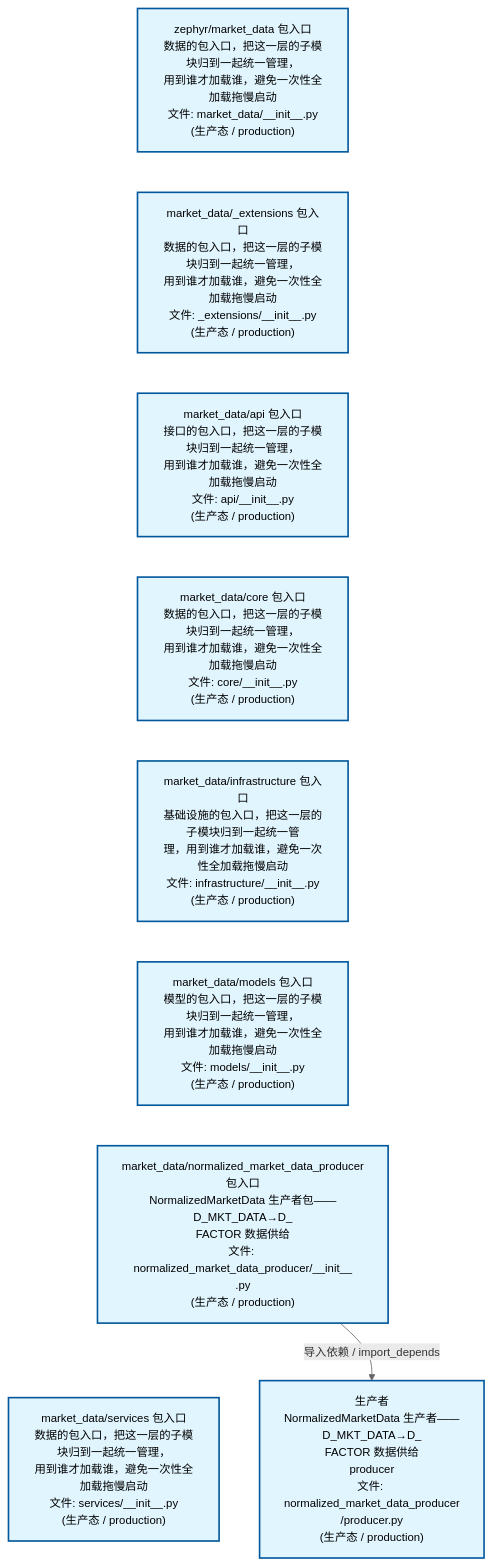
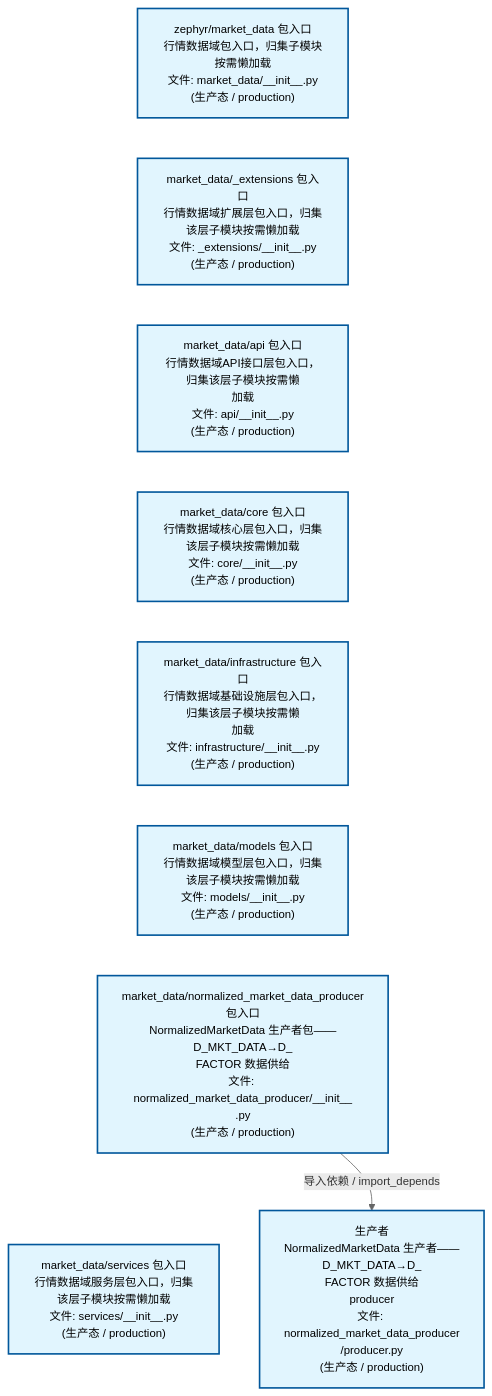
The second of 4 diagrams in docs/02_enterprise_architecture/02_domain_architecture_docs/23_d_mkt_data.md (xuanFelixVan/ZephyrAlpha), drawn with Mermaid before and after one commit. The commit also changed other lines of this file and 63 other files, not shown here.

````diff
--- a/docs/02_enterprise_architecture/02_domain_architecture_docs/23_d_mkt_data.md
+++ b/docs/02_enterprise_architecture/02_domain_architecture_docs/23_d_mkt_data.md
@@ -112,26 +112,26 @@
 ```mermaid
 %%{init: {'theme': 'base', 'themeVariables': {'primaryColor': '#eaeaea', 'primaryTextColor': '#333333', 'primaryBorderColor': '#666666', 'lineColor': '#666666', 'secondaryColor': '#eaeaea', 'tertiaryColor': '#eaeaea', 'fontSize': '14px'}}}%%
 flowchart TD
-    src_zephyr_market_data_init_py["zephyr/market_data 包入口<br/>数据的包入口，把这一层的子模块归到一起统一管理，<br/>用到谁才加载谁，避免一次性全加载拖慢启动<br/>文件: market_data/__init__.py<br/>(生产态 / production)"]
-    src_zephyr_market_data_extensions_init_py["market_data/_extensions 包入口<br/>数据的包入口，把这一层的子模块归到一起统一管理，<br/>用到谁才加载谁，避免一次性全加载拖慢启动<br/>文件: _extensions/__init__.py<br/>(生产态 / production)"]
-    src_zephyr_market_data_api_init_py["market_data/api 包入口<br/>接口的包入口，把这一层的子模块归到一起统一管理，<br/>用到谁才加载谁，避免一次性全加载拖慢启动<br/>文件: api/__init__.py<br/>(生产态 / production)"]
-    src_zephyr_market_data_core_init_py["market_data/core 包入口<br/>数据的包入口，把这一层的子模块归到一起统一管理，<br/>用到谁才加载谁，避免一次性全加载拖慢启动<br/>文件: core/__init__.py<br/>(生产态 / production)"]
-    src_zephyr_market_data_infrastructure_init_py["market_data/infrastructure 包入口<br/>基础设施的包入口，把这一层的子模块归到一起统一管<br/>理，用到谁才加载谁，避免一次性全加载拖慢启动<br/>文件: infrastructure/__init__.py<br/>(生产态 / production)"]
-    src_zephyr_market_data_models_init_py["market_data/models 包入口<br/>模型的包入口，把这一层的子模块归到一起统一管理，<br/>用到谁才加载谁，避免一次性全加载拖慢启动<br/>文件: models/__init__.py<br/>(生产态 / production)"]
+    src_zephyr_market_data_init_py["zephyr/market_data 包入口<br/>行情数据域包入口，归集子模块按需懒加载<br/>文件: market_data/__init__.py<br/>(生产态 / production)"]
+    src_zephyr_market_data_extensions_init_py["market_data/_extensions 包入口<br/>行情数据域扩展层包入口，归集该层子模块按需懒加载<br/>文件: _extensions/__init__.py<br/>(生产态 / production)"]
+    src_zephyr_market_data_api_init_py["market_data/api 包入口<br/>行情数据域API接口层包入口，归集该层子模块按需懒<br/>加载<br/>文件: api/__init__.py<br/>(生产态 / production)"]
+    src_zephyr_market_data_core_init_py["market_data/core 包入口<br/>行情数据域核心层包入口，归集该层子模块按需懒加载<br/>文件: core/__init__.py<br/>(生产态 / production)"]
+    src_zephyr_market_data_infrastructure_init_py["market_data/infrastructure 包入口<br/>行情数据域基础设施层包入口，归集该层子模块按需懒<br/>加载<br/>文件: infrastructure/__init__.py<br/>(生产态 / production)"]
+    src_zephyr_market_data_models_init_py["market_data/models 包入口<br/>行情数据域模型层包入口，归集该层子模块按需懒加载<br/>文件: models/__init__.py<br/>(生产态 / production)"]
     src_zephyr_market_data_normalized_market_data_producer_init_py["market_data/normalized_market_data_producer<br/>包入口<br/>NormalizedMarketData 生产者包——D_MKT_DATA→D_<br/>FACTOR 数据供给<br/>文件: normalized_market_data_producer/__init__<br/>.py<br/>(生产态 / production)"]
-    src_zephyr_market_data_services_init_py["market_data/services 包入口<br/>数据的包入口，把这一层的子模块归到一起统一管理，<br/>用到谁才加载谁，避免一次性全加载拖慢启动<br/>文件: services/__init__.py<br/>(生产态 / production)"]
+    src_zephyr_market_data_services_init_py["market_data/services 包入口<br/>行情数据域服务层包入口，归集该层子模块按需懒加载<br/>文件: services/__init__.py<br/>(生产态 / production)"]
     src_zephyr_market_data_init_py ~~~ src_zephyr_market_data_extensions_init_py
     src_zephyr_market_data_extensions_init_py ~~~ src_zephyr_market_data_api_init_py
     src_zephyr_market_data_api_init_py ~~~ src_zephyr_market_data_core_init_py
     src_zephyr_market_data_core_init_py ~~~ src_zephyr_market_data_infrastructure_init_py
     src_zephyr_market_data_infrastructure_init_py ~~~ src_zephyr_market_data_models_init_py
     src_zephyr_market_data_models_init_py ~~~ src_zephyr_market_data_normalized_market_data_producer_init_py
     src_zephyr_market_data_normalized_market_data_producer_init_py ~~~ src_zephyr_market_data_services_init_py
     src_zephyr_market_data_normalized_market_data_producer_producer_py["生产者<br/>NormalizedMarketData 生产者——D_MKT_DATA→D_<br/>FACTOR 数据供给<br/>producer<br/>文件: normalized_market_data_producer<br/>/producer.py<br/>(生产态 / production)"]
     src_zephyr_market_data_normalized_market_data_producer_init_py -->|导入依赖 / import_depends| src_zephyr_market_data_normalized_market_data_producer_producer_py
     classDef production fill:#e1f5fe,stroke:#01579b,stroke-width:2px,color:#000
     classDef design fill:#fff3e0,stroke:#e65100,stroke-width:2px,color:#000,stroke-dasharray: 5 5
     classDef external_prod fill:#e8f4fd,stroke:#0277bd,stroke-width:1px,color:#000
     classDef external_design fill:#fff8e7,stroke:#ef6c00,stroke-width:1px,color:#000,stroke-dasharray: 5 5
     class src_zephyr_market_data_init_py,src_zephyr_market_data_extensions_init_py,src_zephyr_market_data_api_init_py,src_zephyr_market_data_core_init_py,src_zephyr_market_data_infrastructure_init_py,src_zephyr_market_data_models_init_py,src_zephyr_market_data_normalized_market_data_producer_init_py,src_zephyr_market_data_normalized_market_data_producer_producer_py,src_zephyr_market_data_services_init_py production
 ```
````
